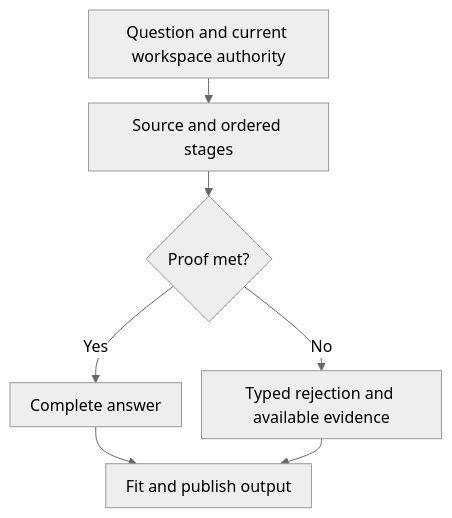
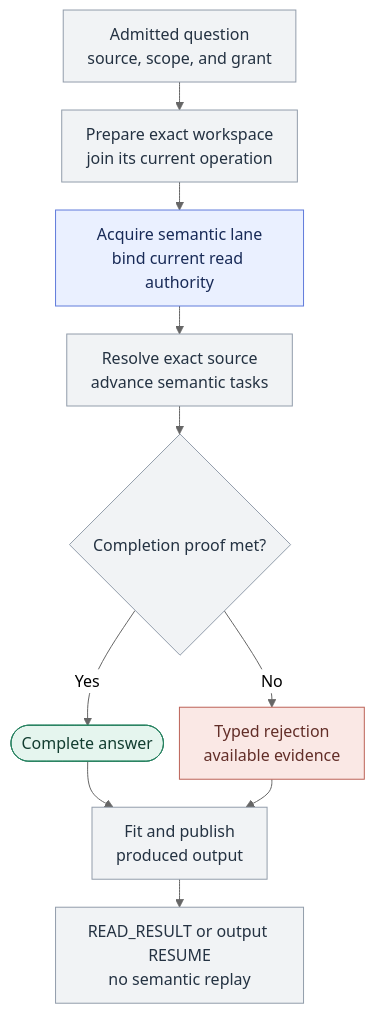
The first of 2 diagrams in docs/public/explanation/query-lifecycle.mdx (amichne/kast), drawn with Mermaid (neutral theme) before and after one commit. The commit also changed other lines of this file and 2 other files, not shown here.

````diff
--- a/docs/public/explanation/query-lifecycle.mdx
+++ b/docs/public/explanation/query-lifecycle.mdx
@@ -12,10 +12,20 @@
 ```mermaid
-%%{init: {"flowchart": {"rankSpacing": 25, "nodeSpacing": 20, "padding": 10}}}%%
+%%{init: {"flowchart": {"rankSpacing": 28, "nodeSpacing": 16, "padding": 12, "curve": "basis"}}}%%
 flowchart TD
-  Q["Question and current workspace authority"] --> S["Source and ordered stages"]
-  S --> P{"Proof met?"}
-  P -->|Yes| A["Complete answer"]
-  P -->|No| R["Typed rejection and available evidence"]
-  A --> D["Fit and publish output"]
+  Q["Admitted question<br/>source, scope, and grant"] --> W["Prepare exact workspace<br/>join its current operation"]
+  W --> L["Acquire semantic lane<br/>bind current read authority"]
+  L --> S["Resolve exact source<br/>advance semantic tasks"]
+  S --> P{"Completion proof met?"}
+  P -->|Yes| A(["Complete answer"])
+  P -->|No| R["Typed rejection<br/>available evidence"]
+  A --> D["Fit and publish<br/>produced output"]
   R --> D
+  D --> O["READ_RESULT or output RESUME<br/>no semantic replay"]
+  classDef default fill:#f1f3f5,stroke:#929dab,color:#243242
+  classDef proof fill:#eaf0ff,stroke:#607bdb,color:#182a57
+  classDef stop fill:#fae8e5,stroke:#bc6258,color:#622e28
+  classDef result fill:#e5f5ee,stroke:#278160,color:#123d30
+  class L proof
+  class R stop
+  class A result
 ```
````
